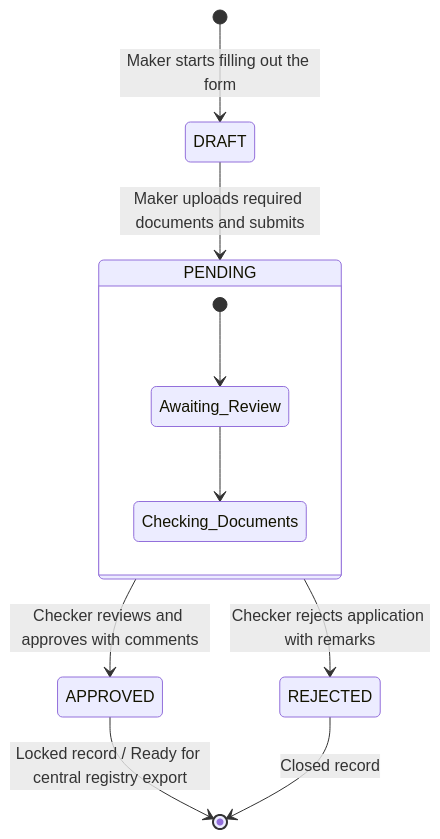
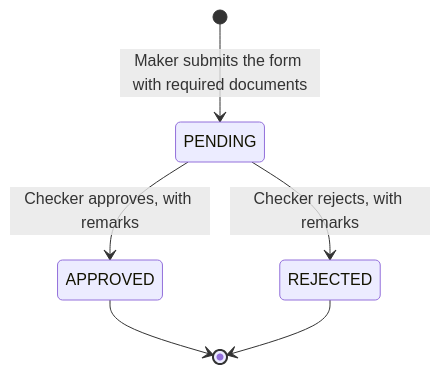
Before and after one commit to Kansal26/Vartalaap_Banking: the second of 2 diagrams in README.md, drawn with Mermaid. The commit also changed other lines of this file and 1 other file, not shown here.

Commit message:
Disable H2 console and DEBUG logging by default; correct README workflow claims to match code

````diff
--- a/README.md
+++ b/README.md
@@ -90,16 +90,10 @@
 ```mermaid
 stateDiagram-v2
-    [*] --> DRAFT : Maker starts filling out the form
-    DRAFT --> PENDING : Maker uploads required documents and submits
+    [*] --> PENDING : Maker submits the form with required documents
 
-    state PENDING {
-        [*] --> Awaiting_Review
-        Awaiting_Review --> Checking_Documents
-    }
+    PENDING --> APPROVED : Checker approves, with remarks
+    PENDING --> REJECTED : Checker rejects, with remarks
 
-    PENDING --> APPROVED : Checker reviews and approves with comments
-    PENDING --> REJECTED : Checker rejects application with remarks
-
-    APPROVED --> [*] : Locked record / Ready for central registry export
-    REJECTED --> [*] : Closed record
+    APPROVED --> [*]
+    REJECTED --> [*]
 ```
````
